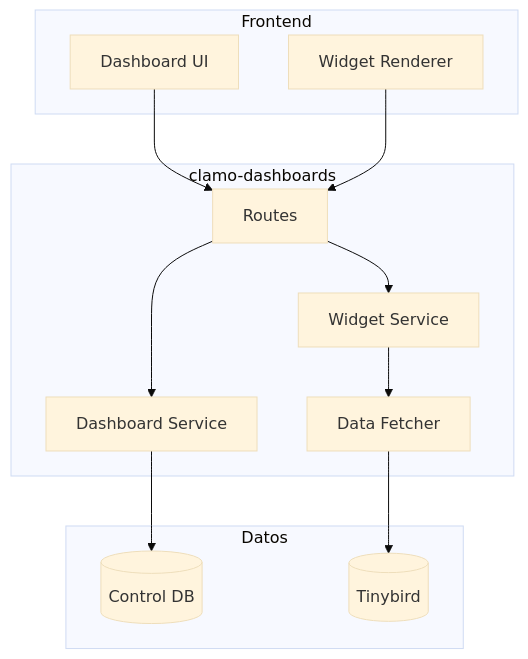
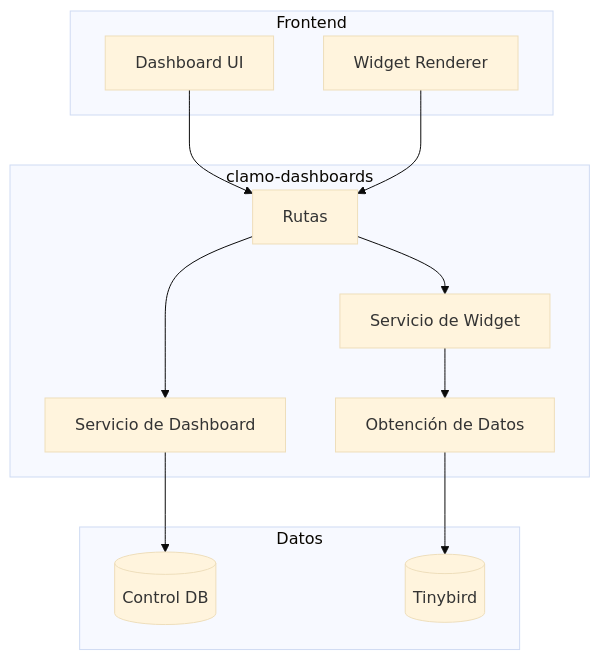
Before and after one commit to GetClamo/docs: the diagram in es/servicios/clamo-dashboards.mdx, drawn with Mermaid (base theme). The commit also changed other lines of this file and 28 other files, not shown here.

````diff
--- a/es/servicios/clamo-dashboards.mdx
+++ b/es/servicios/clamo-dashboards.mdx
@@ -21,27 +21,27 @@
 ```mermaid
 flowchart TB
     subgraph Frontend [Frontend]
         DashboardUI[Dashboard UI]
         WidgetRenderer[Widget Renderer]
     end
     
     subgraph API [clamo-dashboards]
-        Routes[Routes]
-        DashboardService[Dashboard Service]
-        WidgetService[Widget Service]
-        DataFetcher[Data Fetcher]
+        Routes[Rutas]
+        DashboardService[Servicio de Dashboard]
+        WidgetService[Servicio de Widget]
+        DataFetcher[Obtención de Datos]
     end
     
     subgraph Data [Datos]
         ControlDB[(Control DB)]
         Tinybird[(Tinybird)]
     end
     
     DashboardUI --> Routes
     WidgetRenderer --> Routes
     Routes --> DashboardService
     Routes --> WidgetService
     DashboardService --> ControlDB
     WidgetService --> DataFetcher
     DataFetcher --> Tinybird
 ```
````
